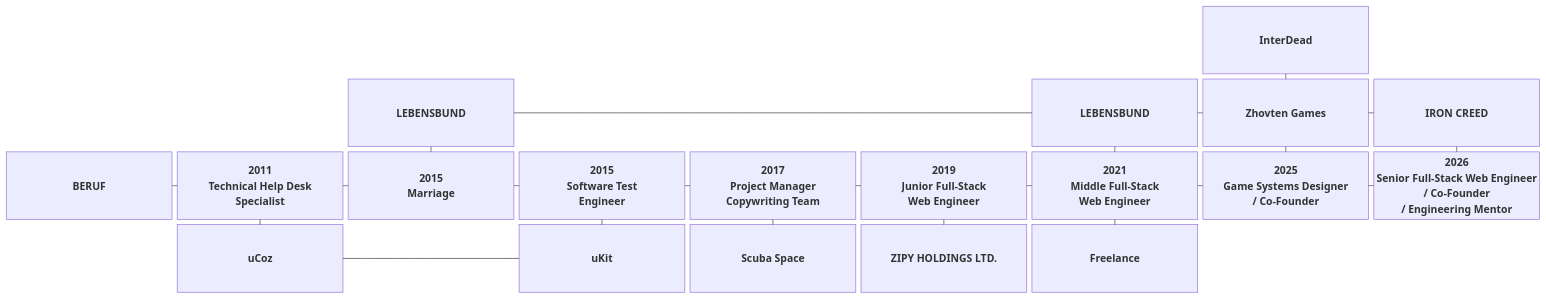
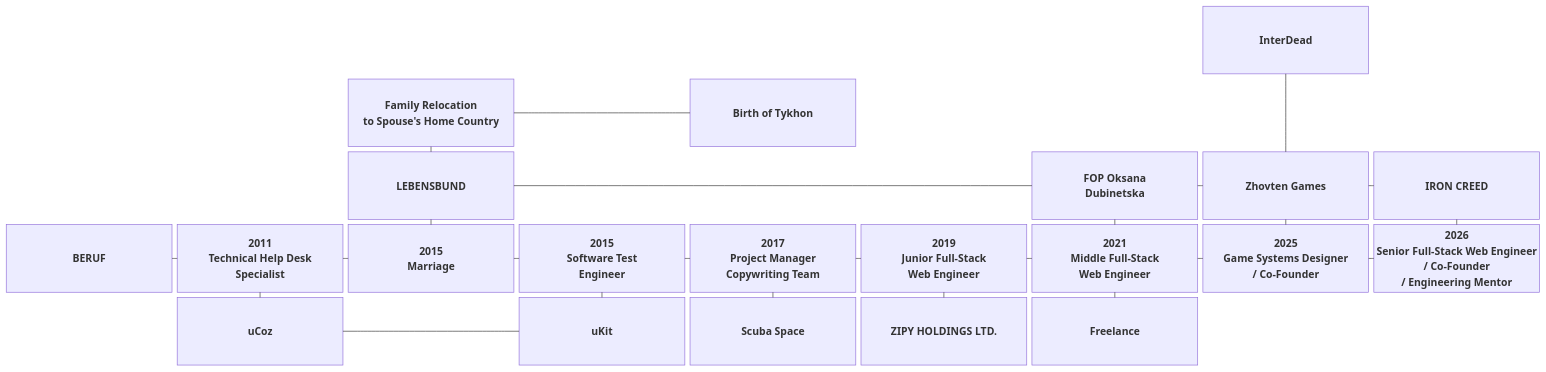
One commit to pan-canon/pan-canon changed the diagram in README.md. Above: the diagram before and after it, drawn with Mermaid. The commit also changed other lines of this file, not shown here.

```diff
--- a/README.md
+++ b/README.md
@@ -11,13 +11,23 @@
     space:2
 
     %% ─────────────────────────────────────
-    %% ACTIVE / UPPER SYSTEM
+    %% FAMILY / SHARED-LIFE MILESTONES
     %% ─────────────────────────────────────
 
     space:2
-    LB1["LEBENSBUND"]
+    RL["Family Relocation<br/>to Spouse's Home Country"]
+    space
+    TB["Birth of Tykhon"]
+    space:5
+
+    %% ─────────────────────────────────────
+    %% SHARED-LIFE / ACTIVE SYSTEM
+    %% ─────────────────────────────────────
+
+    space:2
+    LB["LEBENSBUND"]
     space:3
-   LB2["LEBENSBUND"]
+   FOP["FOP Oksana<br/>Dubinetska"]
    ZGS["Zhovten Games"]
    ICS["IRON CREED"]
    space
@@ -67,16 +77,20 @@
     %% UPPER HORIZONTAL SYSTEM
     %% ─────────────────────────────────────
 
-    LB1 --- LB2
-    LB2 --- ZGS
+    LB --- FOP
+    FOP --- ZGS
     ZGS --- ICS
+
+    %% Family continuity above LEBENSBUND
+    LB --- RL
+    RL --- TB
 
     %% ─────────────────────────────────────
     %% UPWARD BRANCHES
     %% ─────────────────────────────────────
 
-    M --- LB1
-    F --- LB2
+    M --- LB
+    F --- FOP
     ZG --- ZGS
     IC --- ICS
 
@@ -114,12 +128,12 @@
     class B label;
 
     class H,T,S,W,F carrier;
-    class M personal;
-    class LB1,LB2 concept;
+    class M,RL,TB personal;
+    class LB concept;
 
     class ZG,IC current;
 
-    class ZGS,ICS active;
+    class FOP,ZGS,ICS active;
     class ID subproject;
 
     class UC,UK,SC,ZP,FR done;
```
